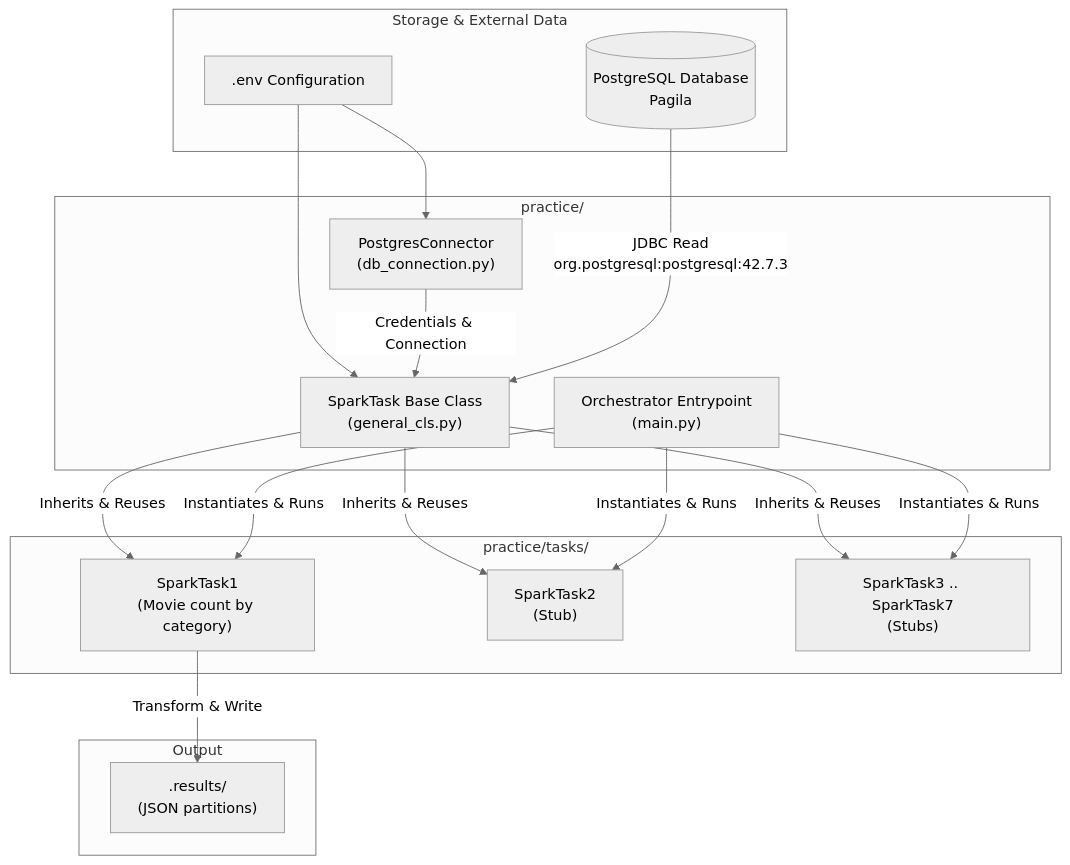
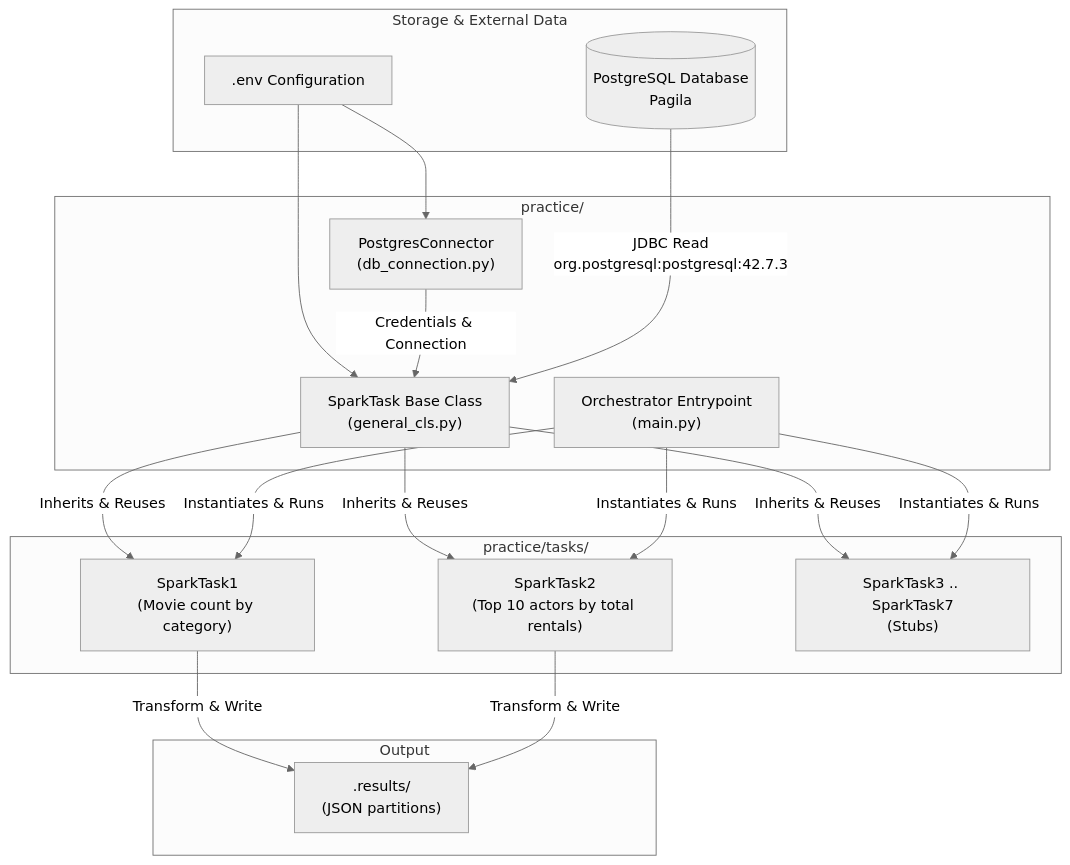
One commit to vbuyel/inno_spark changed the first of 2 diagrams in README.md. Above: the diagram before and after it, drawn with Mermaid (neutral theme). The commit also changed other lines of this file and 1 other file, not shown here.

Commit message:
feat: implement SparkTask2 to calculate top 10 actors by total rentals and update documentation

````diff
--- a/README.md
+++ b/README.md
@@ -11,37 +11,38 @@
 ```mermaid
 flowchart TD
     subgraph Storage & External Data
         PG[(PostgreSQL Database\nPagila)]
         ENV[".env Configuration"]
     end
 
     subgraph Core Framework ["practice/"]
         PC["PostgresConnector\n(db_connection.py)"]
         ST["SparkTask Base Class\n(general_cls.py)"]
         MAIN["Orchestrator Entrypoint\n(main.py)"]
     end
 
     subgraph Tasks ["practice/tasks/"]
         T1["SparkTask1\n(Movie count by category)"]
-        T2["SparkTask2\n(Stub)"]
+        T2["SparkTask2\n(Top 10 actors by total rentals)"]
         TN["SparkTask3 .. SparkTask7\n(Stubs)"]
     end
 
     subgraph Output
         OUT[".results/\n(JSON partitions)"]
     end
 
     ENV --> PC
     ENV --> ST
     PC -->|Credentials & Connection| ST
     ST -->|Inherits & Reuses| T1
     ST -->|Inherits & Reuses| T2
     ST -->|Inherits & Reuses| TN
 
     MAIN -->|Instantiates & Runs| T1
     MAIN -->|Instantiates & Runs| T2
     MAIN -->|Instantiates & Runs| TN
 
     PG -->|JDBC Read\norg.postgresql:postgresql:42.7.3| ST
     T1 -->|Transform & Write| OUT
+    T2 -->|Transform & Write| OUT
 ```
````
